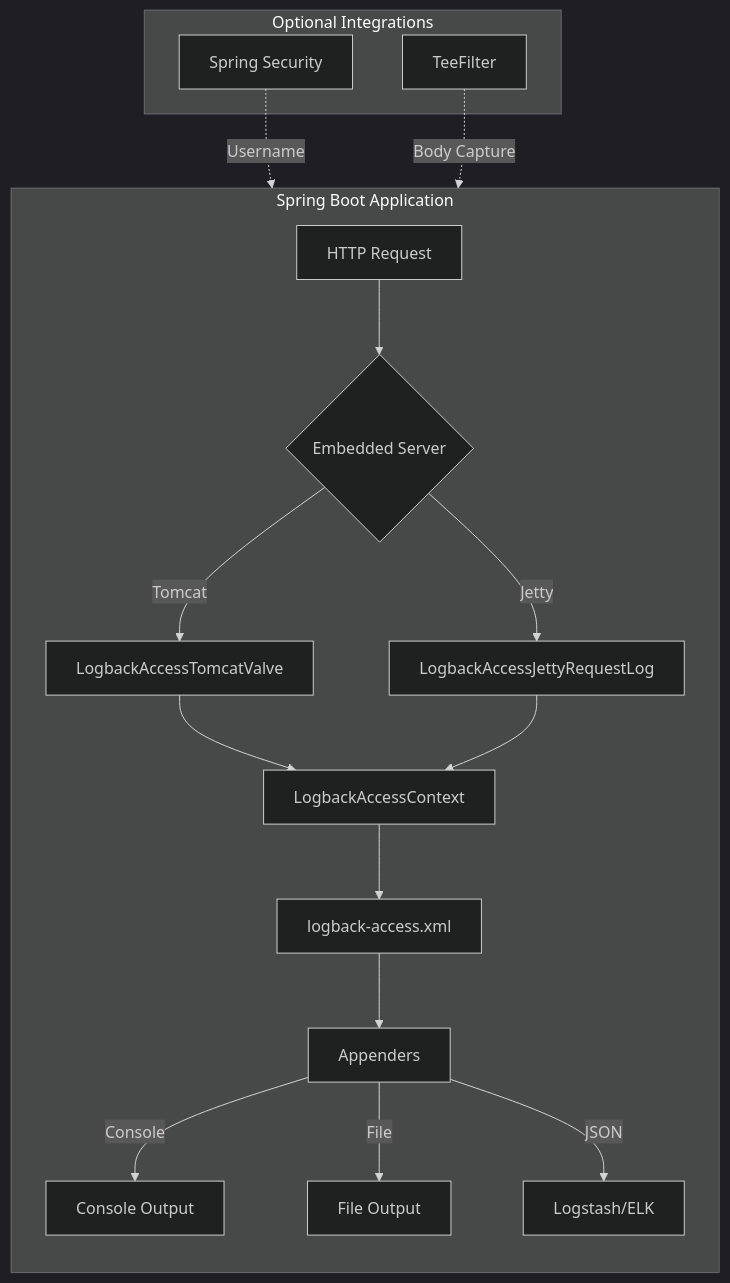
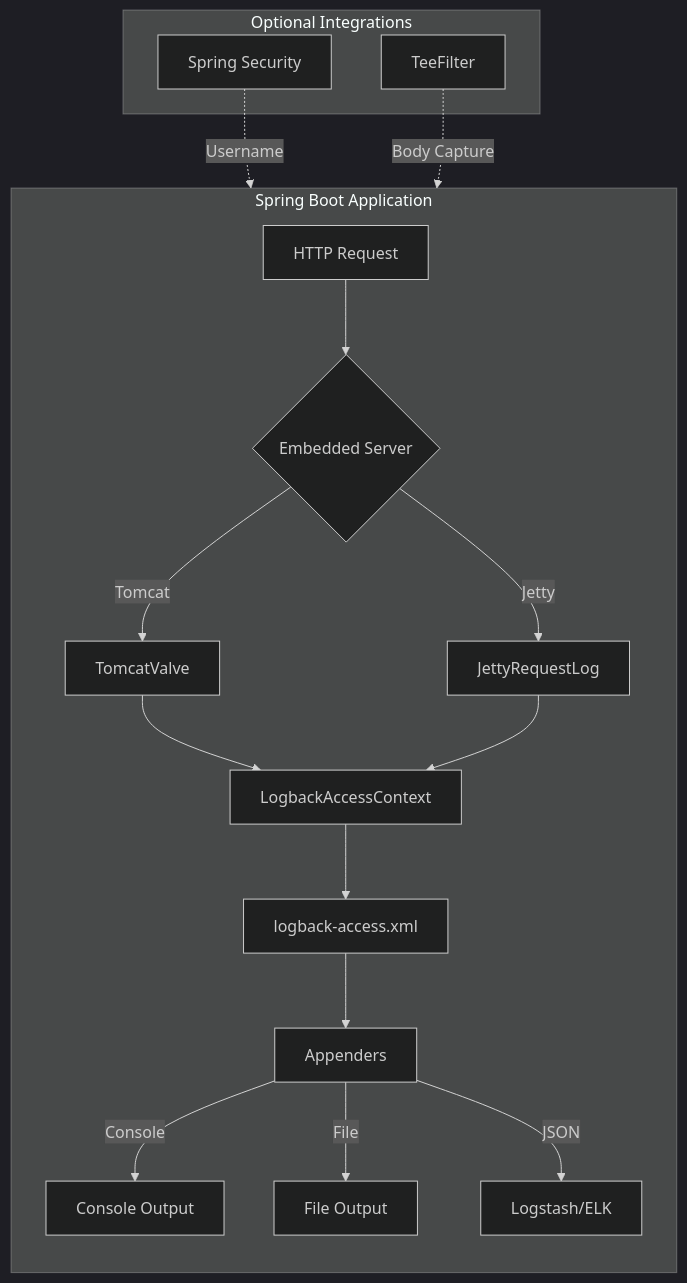
Before and after one commit to seijikohara/logback-access-spring-boot-starter: the first of 4 diagrams in README.md, drawn with Mermaid (dark theme).

Commit message:
fix(docs): correct class names in README architecture diagram
The Mermaid diagram used LogbackAccessTomcatValve and
LogbackAccessJettyRequestLog, but the actual class names are
TomcatValve and JettyRequestLog.

````diff
--- a/README.md
+++ b/README.md
@@ -16,21 +16,21 @@
 ```mermaid
 flowchart TB
     subgraph Spring Boot Application
         direction TB
         A[HTTP Request] --> B{Embedded Server}
-        B -->|Tomcat| C[LogbackAccessTomcatValve]
-        B -->|Jetty| D[LogbackAccessJettyRequestLog]
+        B -->|Tomcat| C[TomcatValve]
+        B -->|Jetty| D[JettyRequestLog]
         C --> E[LogbackAccessContext]
         D --> E
         E --> F[logback-access.xml]
         F --> G[Appenders]
         G -->|Console| H[Console Output]
         G -->|File| I[File Output]
         G -->|JSON| J[Logstash/ELK]
     end
 
     subgraph Optional Integrations
         K[Spring Security] -.->|Username| E
         L[TeeFilter] -.->|Body Capture| E
     end
 ```
````
